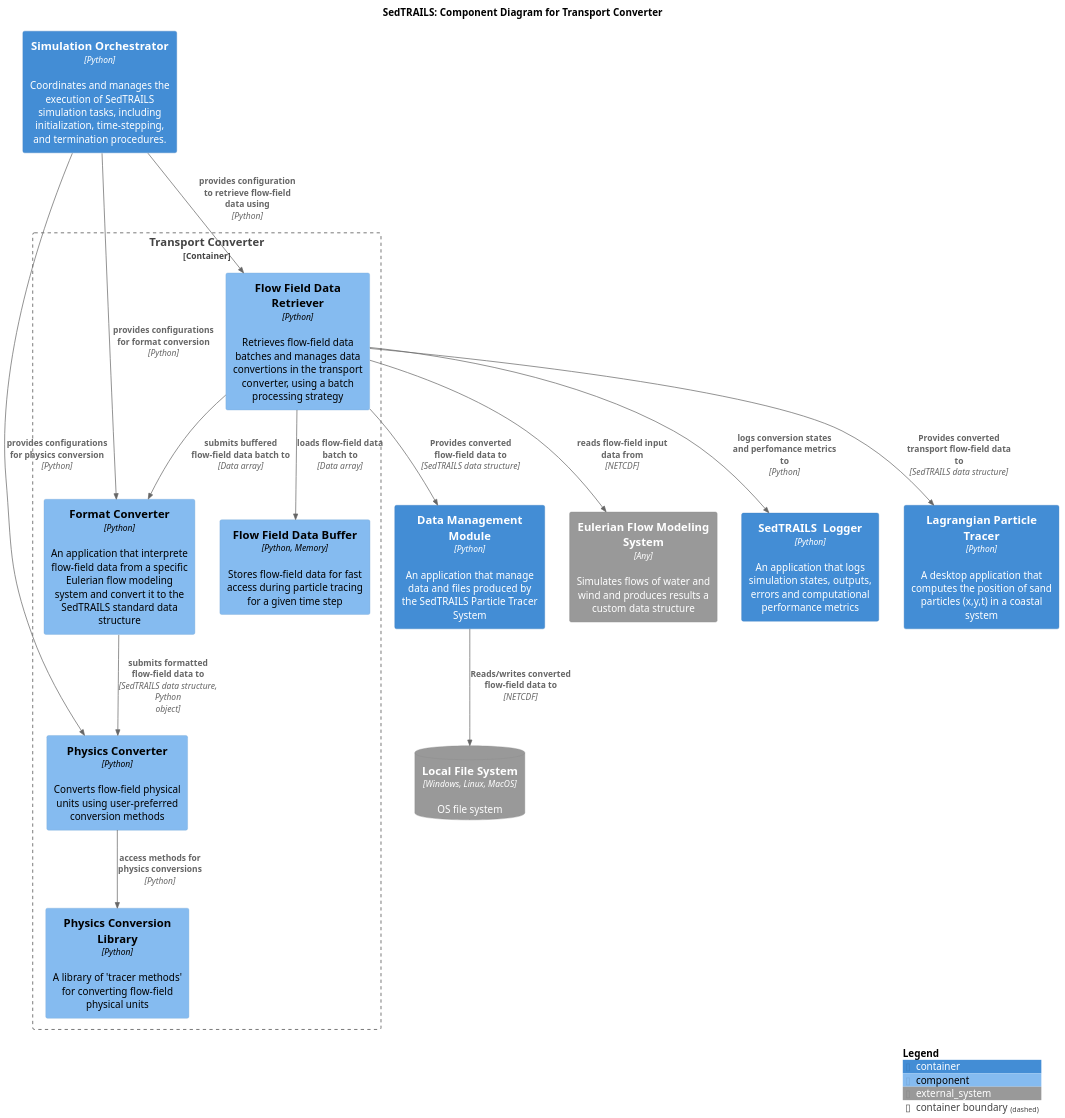
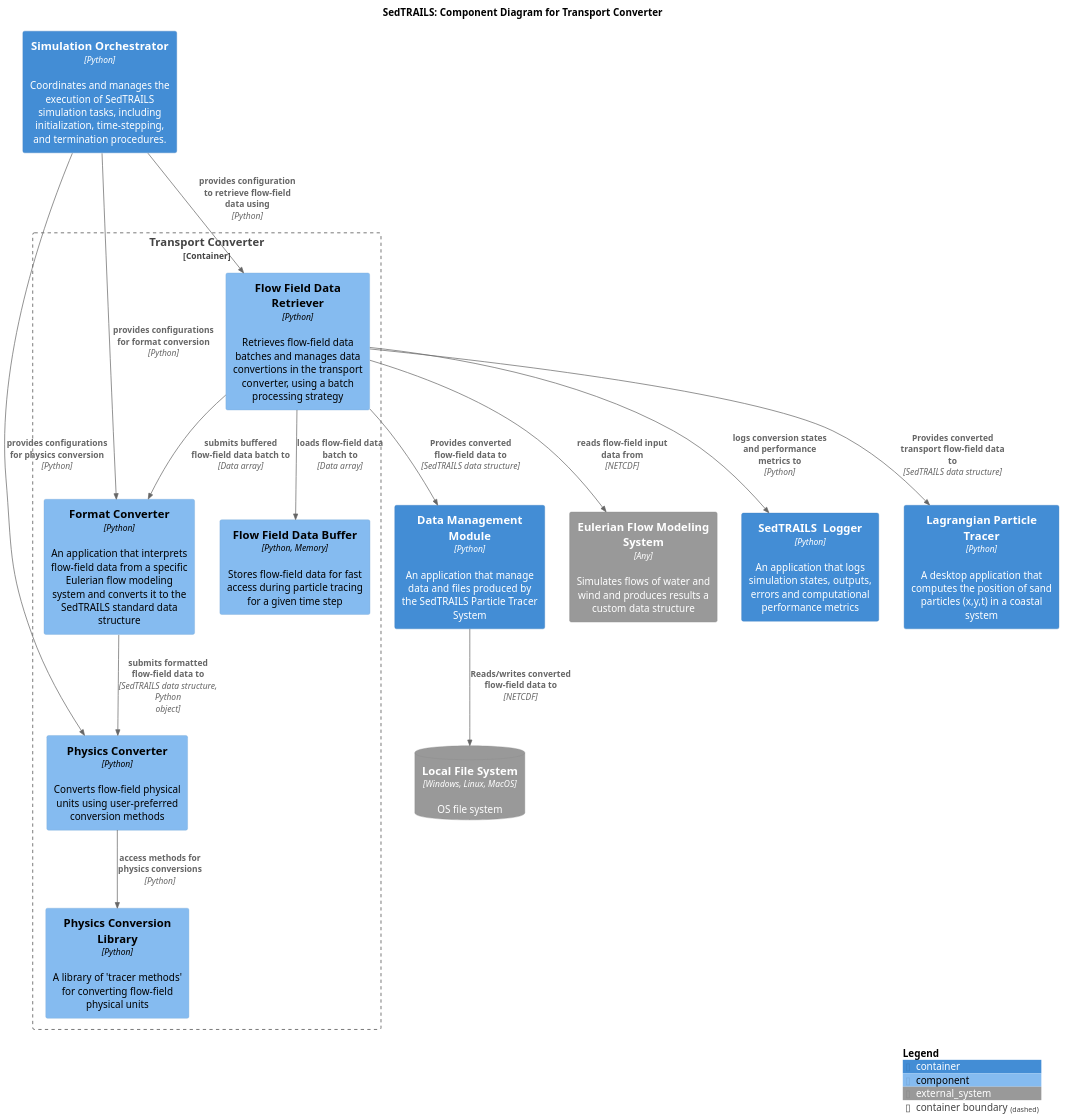
One commit to sgpearson17/sedtrails-sgp changed the diagram in diagrams/components-converter-app.puml. Above: the diagram before and after it, drawn with PlantUML. The commit also changed 7 other files, not shown here.

Commit message:
docs: correct typos and improve clarity in component diagrams

```diff
--- a/diagrams/components-converter-app.puml
+++ b/diagrams/components-converter-app.puml
@@ -1,39 +1,39 @@
 @startuml SedtrailComponentsTransportConverter
 !include ./c4/C4_Component.puml
 
 title SedTRAILS: Component Diagram for Transport Converter
 scale 1.5
 
 Container(simOrchestrator, "Simulation Orchestrator", "Python", "Coordinates and manages the execution of SedTRAILS simulation tasks, including initialization, time-stepping, and termination procedures.")
 
 Container_Boundary(transportConverter, "Transport Converter"){ 
-    Component(formatConverter, "Format Converter", "Python", "An application that interprete flow-field data from a specific Eulerian flow modeling system and convert it to the SedTRAILS standard data structure")
+    Component(formatConverter, "Format Converter", "Python", "An application that interprets flow-field data from a specific Eulerian flow modeling system and converts it to the SedTRAILS standard data structure")
     Component(physicsConverter, "Physics Converter", "Python", "Converts flow-field physical units using user-preferred conversion methods")
     Component(physicsLibrary, "Physics Conversion Library", "Python", "A library of 'tracer methods' for converting flow-field physical units")
     Component(flowDataRetriever, "Flow Field Data Retriever", "Python", "Retrieves flow-field data batches and manages data convertions in the transport converter, using a batch processing strategy")
     Component(flowDataBuffer, "Flow Field Data Buffer", "Python, Memory", "Stores flow-field data for fast access during particle tracing for a given time step")
 
     Rel(physicsConverter, physicsLibrary, "access methods for physics conversions", "Python")
     Rel(formatConverter, physicsConverter, "submits formatted flow-field data to", "SedTRAILS data structure, Python object")
     Rel(flowDataRetriever, flowDataBuffer, "loads flow-field data batch to", "Data array")
     Rel(simOrchestrator, flowDataRetriever, "provides configuration to retrieve flow-field data using", "Python")
     Rel(simOrchestrator, formatConverter, "provides configurations for format conversion", "Python")
     Rel(simOrchestrator, physicsConverter, "provides configurations for physics conversion", "Python")
     Rel(flowDataRetriever, formatConverter, "submits buffered flow-field data batch to", "Data array")
 }
 
 Container(sedtrailsLogger, "SedTRAILS  Logger", "Python", "An application that logs simulation states, outputs, errors and computational performance metrics")
 Container(particleTracer, "Lagrangian Particle Tracer", "Python", "A desktop application that computes the position of sand particles (x,y,t) in a coastal system")
 Container(dataManager, "Data Management Module", "Python", "An application that manage data and files produced by the SedTRAILS Particle Tracer System")
 
 System_Ext(flowSystem, "Eulerian Flow Modeling System", "Simulates flows of water and wind and produces results a custom data structure", $type="Any")
 SystemDb_Ext(fileSystem, "Local File System", "OS file system", $type="Windows, Linux, MacOS")
 
 Rel(flowDataRetriever, dataManager, "Provides converted flow-field data to", "SedTRAILS data structure")
-Rel(flowDataRetriever, sedtrailsLogger, "logs conversion states and perfomance metrics to", "Python")
+Rel(flowDataRetriever, sedtrailsLogger, "logs conversion states and performance metrics to", "Python")
 Rel(flowDataRetriever, particleTracer, "Provides converted transport flow-field data to", "SedTRAILS data structure")
 Rel(dataManager, fileSystem, "Reads/writes converted flow-field data to", "NETCDF")
 Rel(flowDataRetriever, flowSystem, "reads flow-field input data from", "NETCDF")
 
 SHOW_LEGEND()
 @enduml
```
